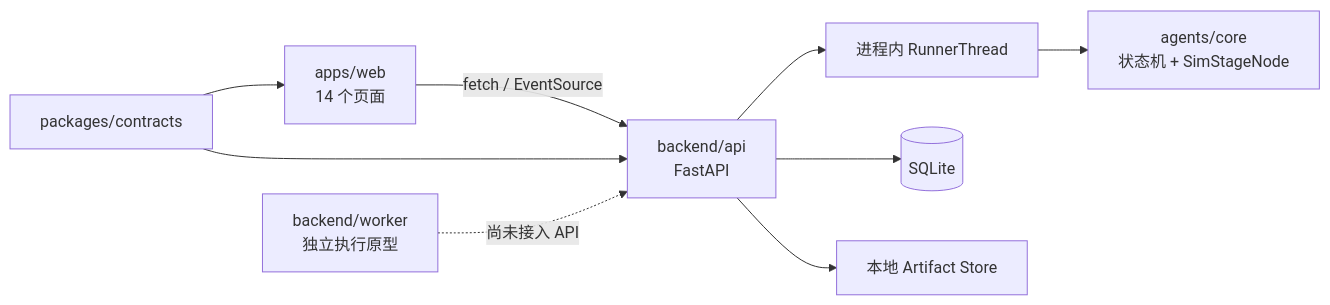
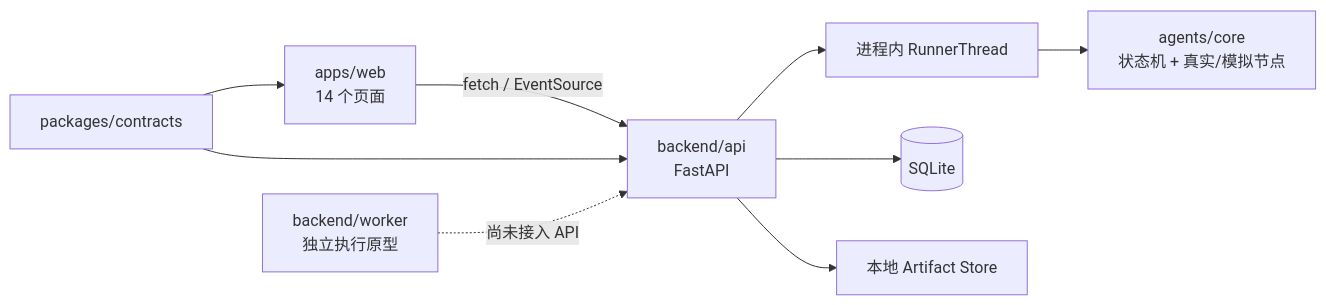
The first of 3 diagrams in PROJECT_STRUCTURE.md (IvanCodesDev/OpenMathModel), drawn with Mermaid before and after one commit. The commit also changed other lines of this file and 4 other files, not shown here.

````diff
--- a/PROJECT_STRUCTURE.md
+++ b/PROJECT_STRUCTURE.md
@@ -52,11 +52,11 @@
 ```mermaid
 flowchart LR
     WEB["apps/web\n14 个页面"] -->|"fetch / EventSource"| API["backend/api\nFastAPI"]
     API --> RUNNER["进程内 RunnerThread"]
-    RUNNER --> CORE["agents/core\n状态机 + SimStageNode"]
+    RUNNER --> CORE["agents/core\n状态机 + 真实/模拟节点"]
     API --> SQLITE[("SQLite")]
     API --> BLOB["本地 Artifact Store"]
     CONTRACTS["packages/contracts"] --> WEB
     CONTRACTS --> API
     WORKER["backend/worker\n独立执行原型"] -. "尚未接入 API" .-> API
 ```
````
